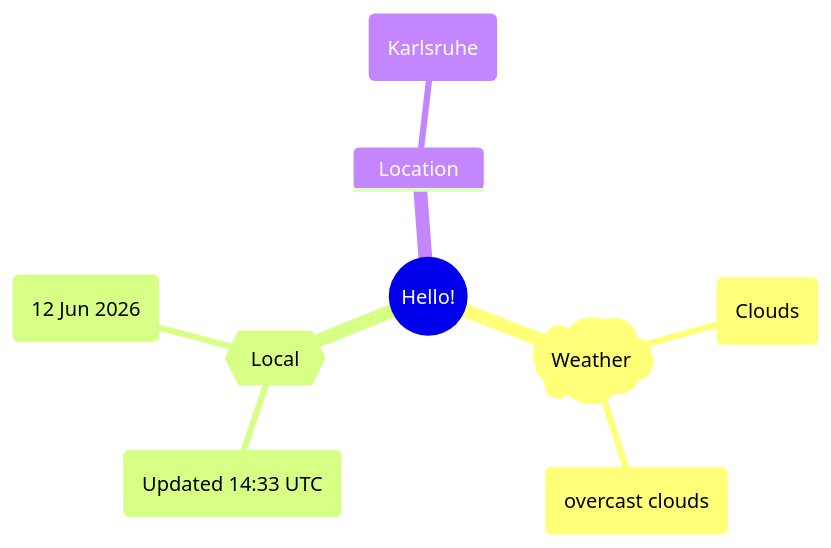
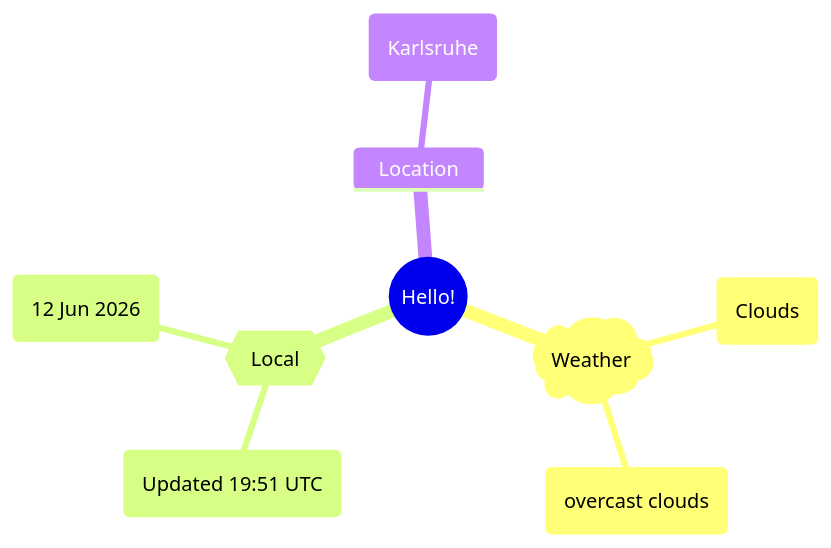
One commit to Xosrov/Xosrov changed the first of 2 diagrams in README.md. Above: the diagram before and after it, drawn with Mermaid.

Commit message:
[bot] updated images

````diff
--- a/README.md
+++ b/README.md
@@ -3,12 +3,12 @@
 ```mermaid
 mindmap
   root((Hello!))
     )Weather(
         (Clouds)
         (overcast clouds)
     {{Local}}
-        (Updated 14:33 UTC)
+        (Updated 19:51 UTC)
         (12 Jun 2026)
     Location
         (Karlsruhe)
 ```
````
